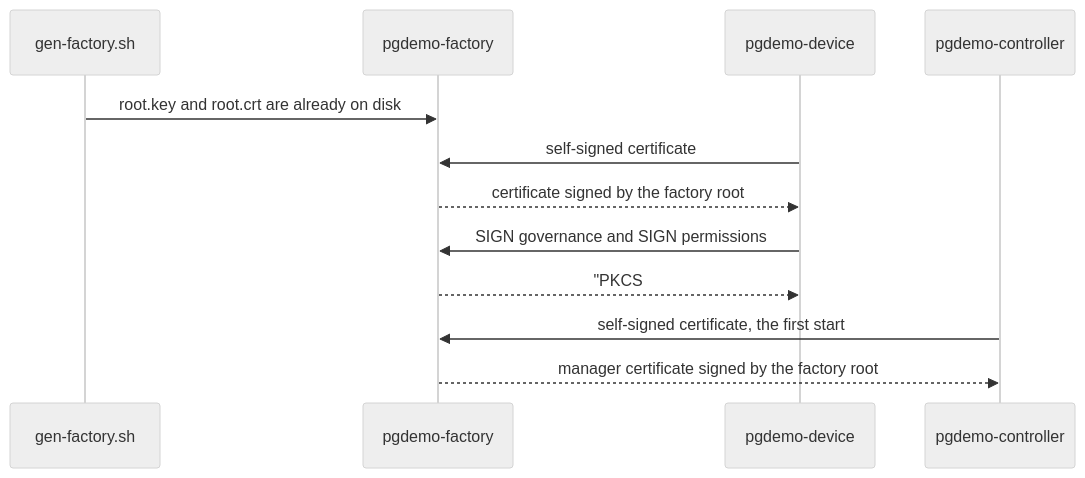
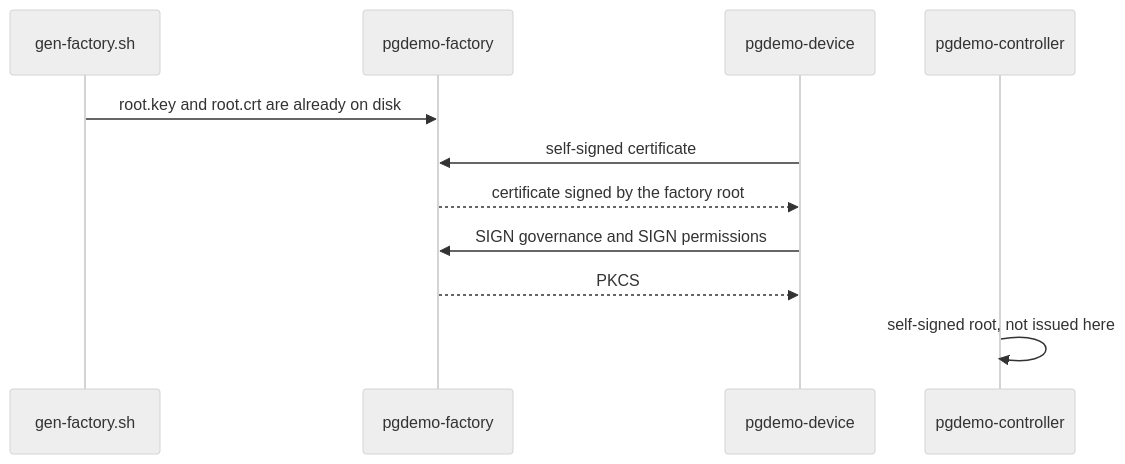
The diagram in factory/README.md (jgmatu/postgresql), drawn with Mermaid (neutral theme) before and after one commit. The commit also changed other lines of this file and 21 other files, not shown here.

Commit message:
Make the manager its own root so the factory no longer issues its certificate.

````diff
--- a/factory/README.md
+++ b/factory/README.md
@@ -42,15 +42,14 @@
 ```mermaid
 sequenceDiagram
     participant script as gen-factory.sh
     participant factory as pgdemo-factory
     participant worker as pgdemo-device
     participant manager as pgdemo-controller
 
     script->>factory: root.key and root.crt are already on disk
     worker->>factory: self-signed certificate
     factory-->>worker: certificate signed by the factory root
     worker->>factory: SIGN governance and SIGN permissions
-    factory-->>worker: "PKCS#7 documents; both CAs are root.crt"
-    manager->>factory: self-signed certificate, the first start
-    factory-->>manager: manager certificate signed by the factory root
+    factory-->>worker: PKCS#7 documents, permissions CA is root.crt
+    manager->>manager: self-signed root, not issued here
 ```
````
